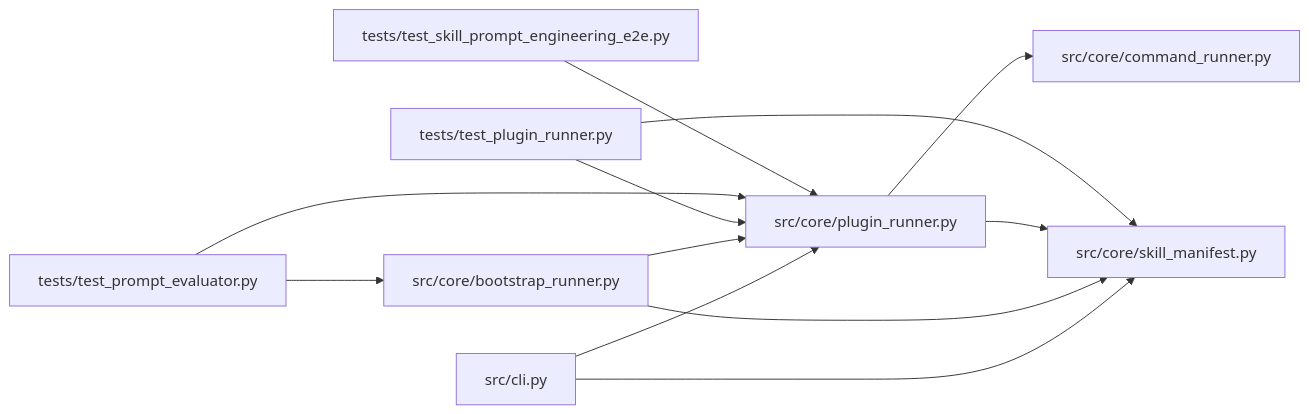
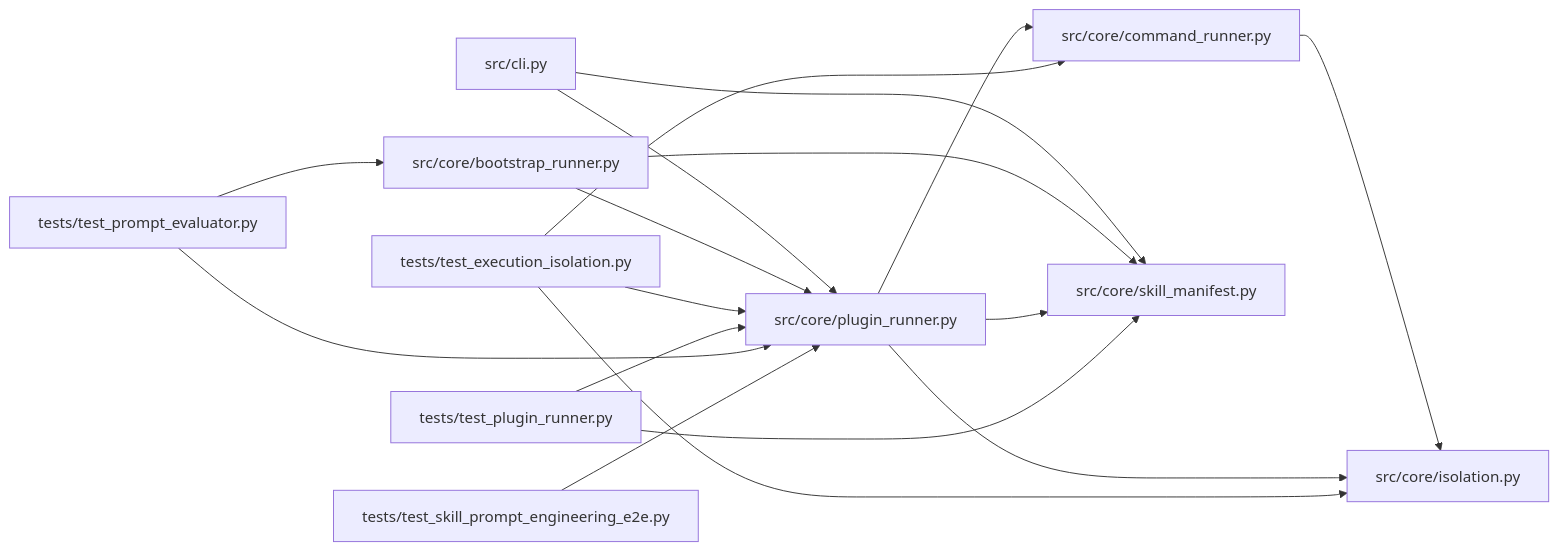
The diagram in docs/llm_wiki/modules/plugin_runner.md (Denissvgn/autoresearch-agent), drawn with Mermaid before and after one commit. The commit also changed other lines of this file and 35 other files, not shown here.

````diff
--- a/docs/llm_wiki/modules/plugin_runner.md
+++ b/docs/llm_wiki/modules/plugin_runner.md
@@ -84,30 +85,39 @@
 ```mermaid
 flowchart LR
     n0["src/cli.py"]
     n1["src/core/bootstrap_runner.py"]
     n2["src/core/command_runner.py"]
-    n3["src/core/plugin_runner.py"]
-    n4["src/core/skill_manifest.py"]
-    n5["tests/test_plugin_runner.py"]
-    n6["tests/test_prompt_evaluator.py"]
-    n7["tests/test_skill_prompt_engineering_e2e.py"]
-    n0 --> n3
+    n3["src/core/isolation.py"]
+    n4["src/core/plugin_runner.py"]
+    n5["src/core/skill_manifest.py"]
+    n6["tests/test_execution_isolation.py"]
+    n7["tests/test_plugin_runner.py"]
+    n8["tests/test_prompt_evaluator.py"]
+    n9["tests/test_skill_prompt_engineering_e2e.py"]
     n0 --> n4
-    n1 --> n3
+    n0 --> n5
     n1 --> n4
-    n3 --> n2
-    n3 --> n4
-    n5 --> n3
-    n5 --> n4
-    n6 --> n1
+    n1 --> n5
+    n2 --> n3
+    n4 --> n2
+    n4 --> n3
+    n4 --> n5
+    n6 --> n2
     n6 --> n3
-    n7 --> n3
+    n6 --> n4
+    n7 --> n4
+    n7 --> n5
+    n8 --> n1
+    n8 --> n4
+    n9 --> n4
     click n0 "../modules/cli.md"
     click n1 "../modules/bootstrap_runner.md"
     click n2 "../modules/command_runner.md"
-    click n3 "../modules/plugin_runner.md"
-    click n4 "../modules/skill_manifest.md"
-    click n5 "../modules/test_plugin_runner.md"
-    click n6 "../modules/test_prompt_evaluator.md"
-    click n7 "../modules/test_skill_prompt_engineering_e2e.md"
+    click n3 "../modules/isolation.md"
+    click n4 "../modules/plugin_runner.md"
+    click n5 "../modules/skill_manifest.md"
+    click n6 "../modules/test_execution_isolation.md"
+    click n7 "../modules/test_plugin_runner.md"
+    click n8 "../modules/test_prompt_evaluator.md"
+    click n9 "../modules/test_skill_prompt_engineering_e2e.md"
 ```
````
